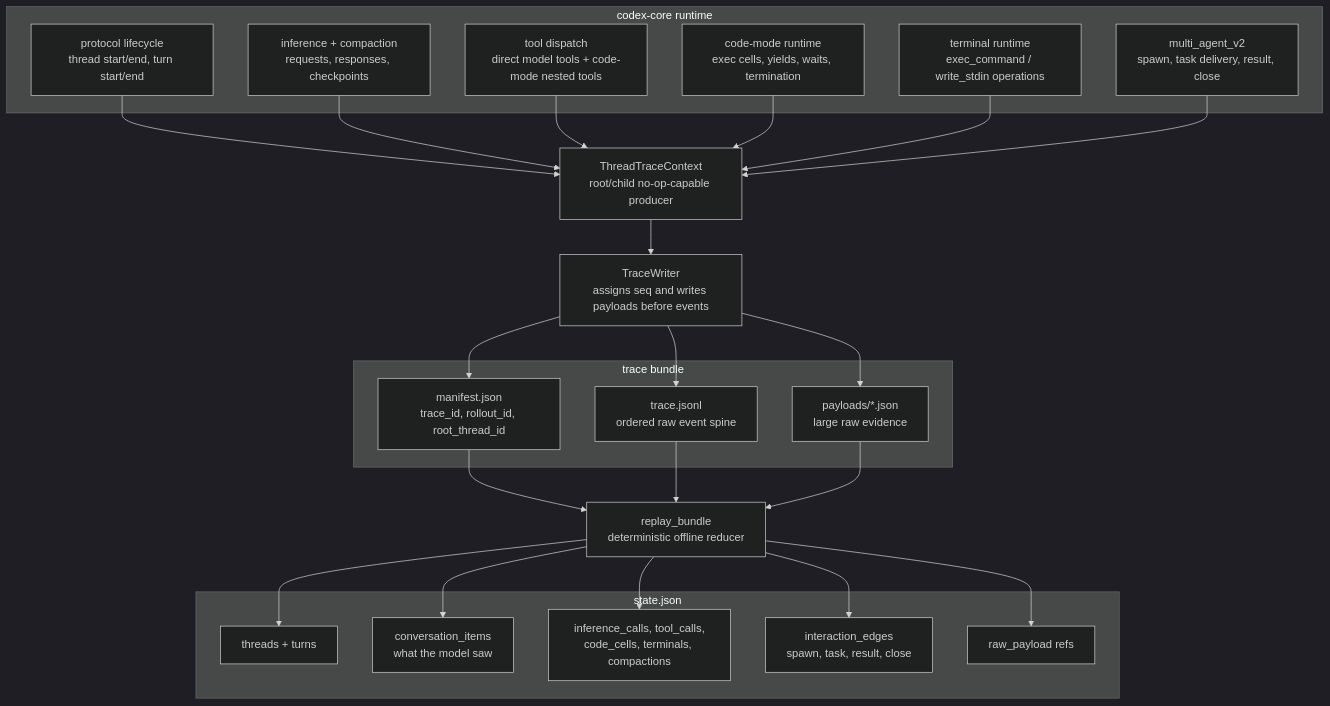
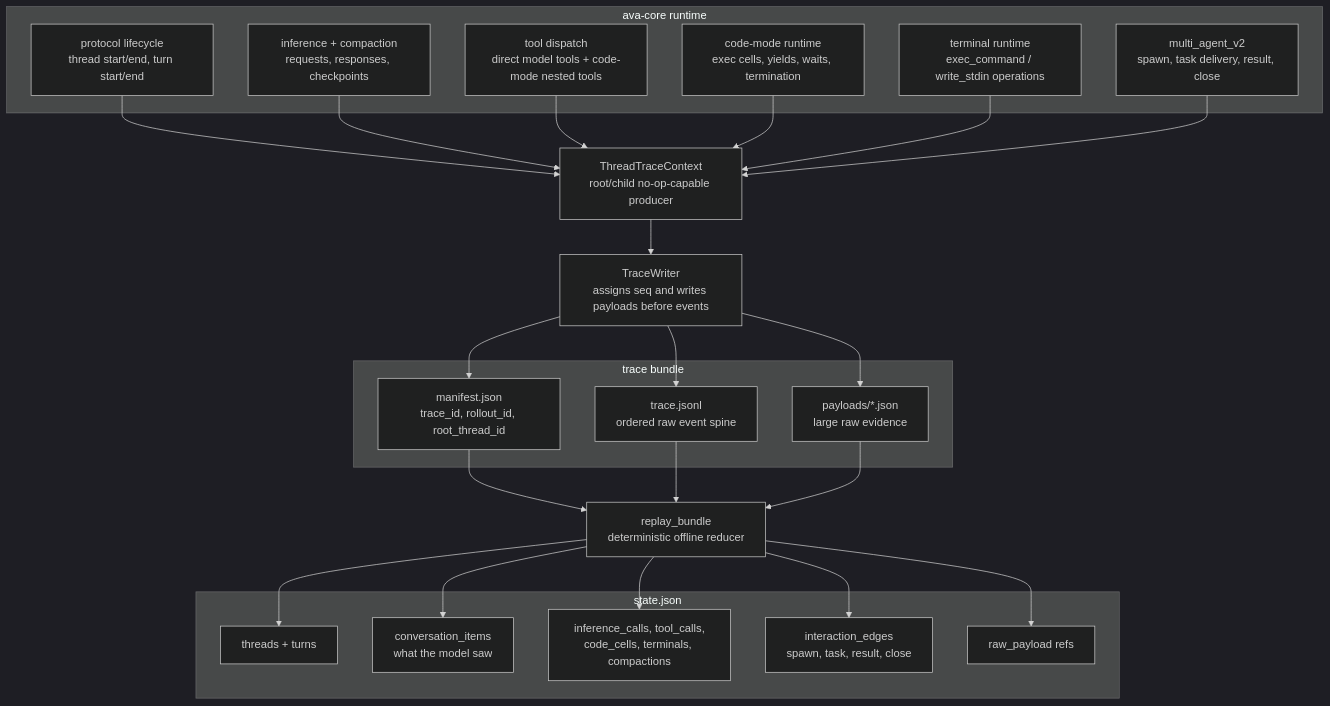
The first of 3 diagrams in ava-rs/rollout-trace/README.md (themahmudhasanbd/ava-code-alpha), drawn with Mermaid (dark theme) before and after one commit. The commit also changed other lines of this file and 6118 other files, not shown here.

Commit message:
feat(core): strategic rename codex to ava across workspace (CODEX->AVA, Codex->Ava, codex->ava, .codex->.ava-code)

````diff
--- a/ava-rs/rollout-trace/README.md
+++ b/ava-rs/rollout-trace/README.md
@@ -41,52 +41,52 @@
 ```mermaid
 flowchart TD
-    subgraph Runtime["codex-core runtime"]
+    subgraph Runtime["ava-core runtime"]
         Protocol["protocol lifecycle\nthread start/end, turn start/end"]
         Inference["inference + compaction\nrequests, responses, checkpoints"]
         Tools["tool dispatch\ndirect model tools + code-mode nested tools"]
         CodeMode["code-mode runtime\nexec cells, yields, waits, termination"]
         Terminal["terminal runtime\nexec_command / write_stdin operations"]
         Agents["multi_agent_v2\nspawn, task delivery, result, close"]
     end
 
     Context["ThreadTraceContext\nroot/child no-op-capable producer"]
     Writer["TraceWriter\nassigns seq and writes payloads before events"]
 
     subgraph Bundle["trace bundle"]
         Manifest["manifest.json\ntrace_id, rollout_id, root_thread_id"]
         Events["trace.jsonl\nordered raw event spine"]
         Payloads["payloads/*.json\nlarge raw evidence"]
     end
 
     Reducer["replay_bundle\ndeterministic offline reducer"]
 
     subgraph State["state.json"]
         Threads["threads + turns"]
         Conversation["conversation_items\nwhat the model saw"]
         RuntimeObjects["inference_calls, tool_calls,\ncode_cells, terminals, compactions"]
         Edges["interaction_edges\nspawn, task, result, close"]
         RawRefs["raw_payload refs"]
     end
 
     Protocol --> Context
     Inference --> Context
     Tools --> Context
     CodeMode --> Context
     Terminal --> Context
     Agents --> Context
 
     Context --> Writer
     Writer --> Manifest
     Writer --> Payloads
     Writer --> Events
 
     Manifest --> Reducer
     Events --> Reducer
     Payloads --> Reducer
 
     Reducer --> Threads
     Reducer --> Conversation
     Reducer --> RuntimeObjects
     Reducer --> Edges
     Reducer --> RawRefs
 ```
````
